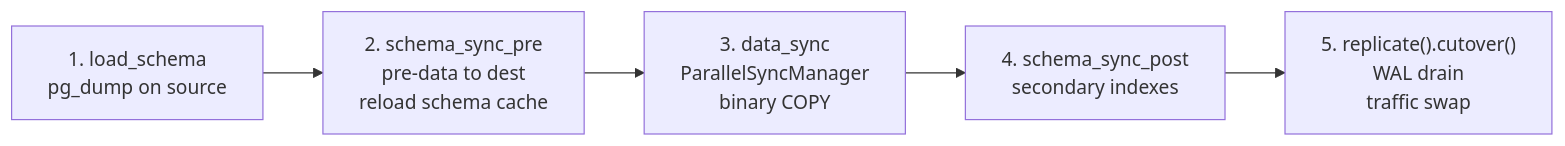
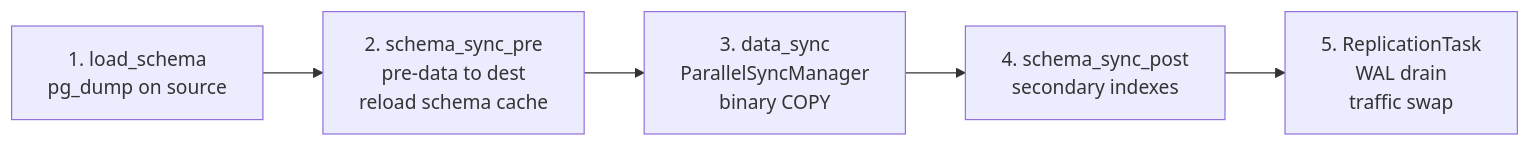
One commit to pgdogdev/pgdog changed the diagram in docs/RESHARDING.md. Above: the diagram before and after it, drawn with Mermaid. The commit also changed other lines of this file and 17 other files, not shown here.

````diff
--- a/docs/RESHARDING.md
+++ b/docs/RESHARDING.md
@@ -37,10 +38,10 @@
 ```mermaid
 flowchart LR
     A["1. load_schema<br>pg_dump on source"]
     B["2. schema_sync_pre<br>pre-data to dest<br>reload schema cache"]
     C["3. data_sync<br>ParallelSyncManager<br>binary COPY"]
     D["4. schema_sync_post<br>secondary indexes"]
-    E["5. replicate().cutover()<br>WAL drain<br>traffic swap"]
+    E["5. ReplicationTask<br>WAL drain<br>traffic swap"]
 
     A --> B --> C --> D --> E
 ```
````
